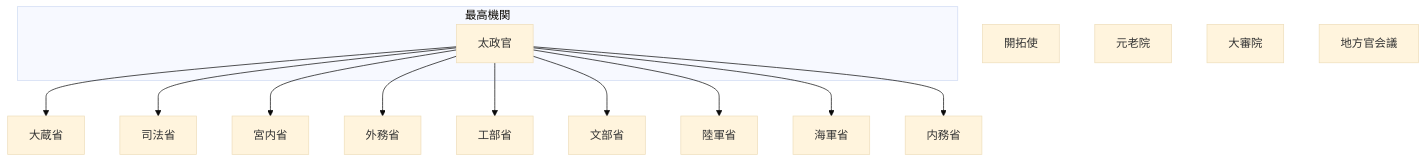
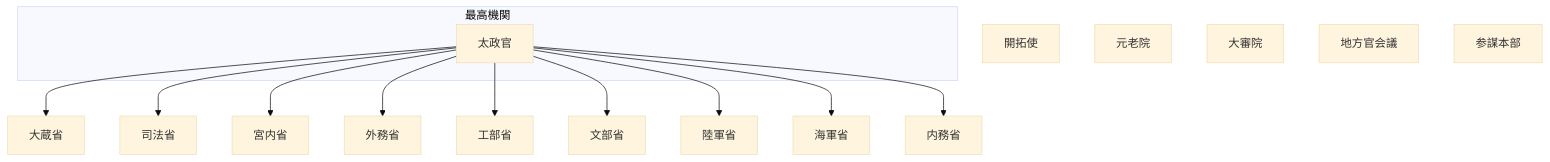
Before and after one commit to tatemaru/jp-admin-org-chart: the diagram in README.md, drawn with Mermaid (base theme). The commit also changed other lines of this file, not shown here.

First line of the commit message:
feat(参謀本部): 参謀本部を設置

````diff
--- a/README.md
+++ b/README.md
@@ -9,28 +9,29 @@
 ```mermaid
 flowchart TB
   subgraph top["最高機関"]
     Dajokan["太政官"]
   end
   Okura["大蔵省"]
   Dajokan --> Okura
   Shiho["司法省"]
   Dajokan --> Shiho
   Kunai["宮内省"]
   Dajokan --> Kunai
   Gaimu["外務省"]
   Dajokan --> Gaimu
   Kobu["工部省"]
   Dajokan --> Kobu
   Mombu["文部省"]
   Dajokan --> Mombu
   Rikugun["陸軍省"]
   Dajokan --> Rikugun
   Kaigun["海軍省"]
   Dajokan --> Kaigun
   Naimu["内務省"]
   Dajokan --> Naimu
   Kaitaku["開拓使"]
   Genro["元老院"]
   Daishin["大審院"]
   Chiho["地方官会議"]
+  Sanbo["参謀本部"]
 ```
````
